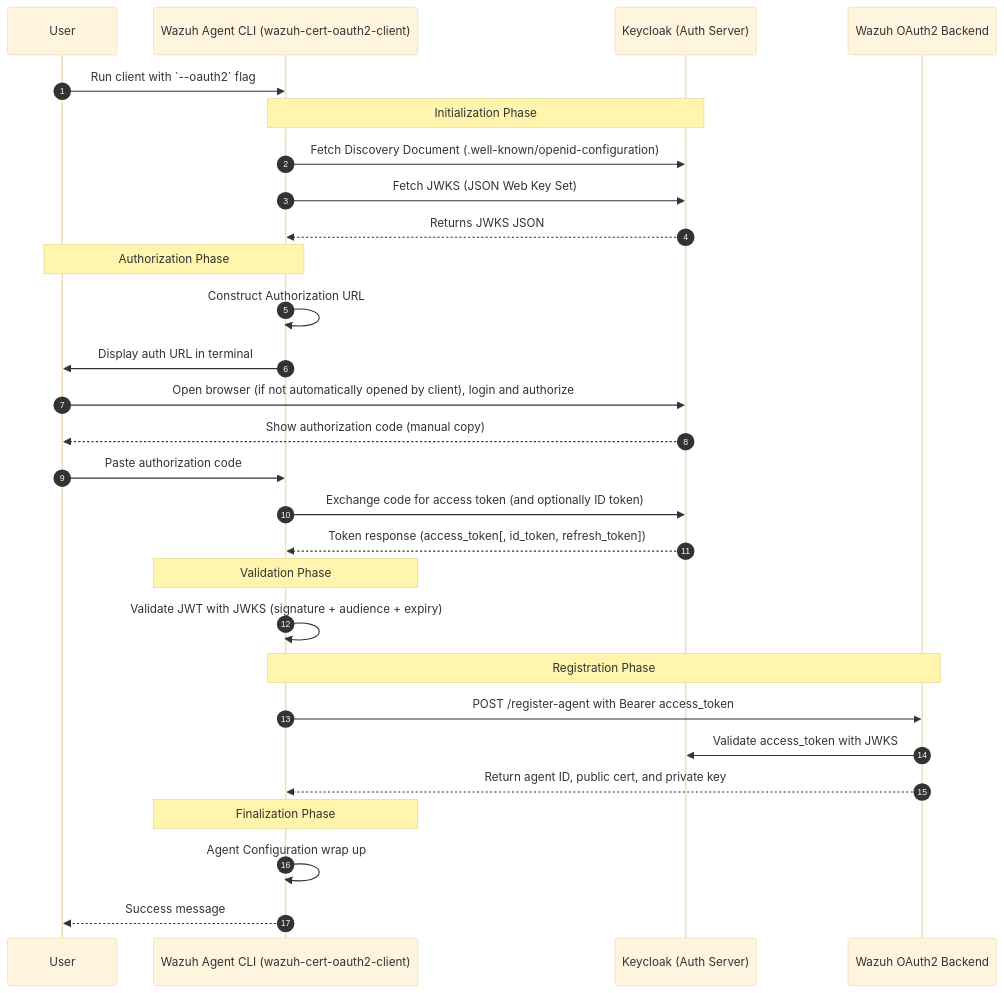
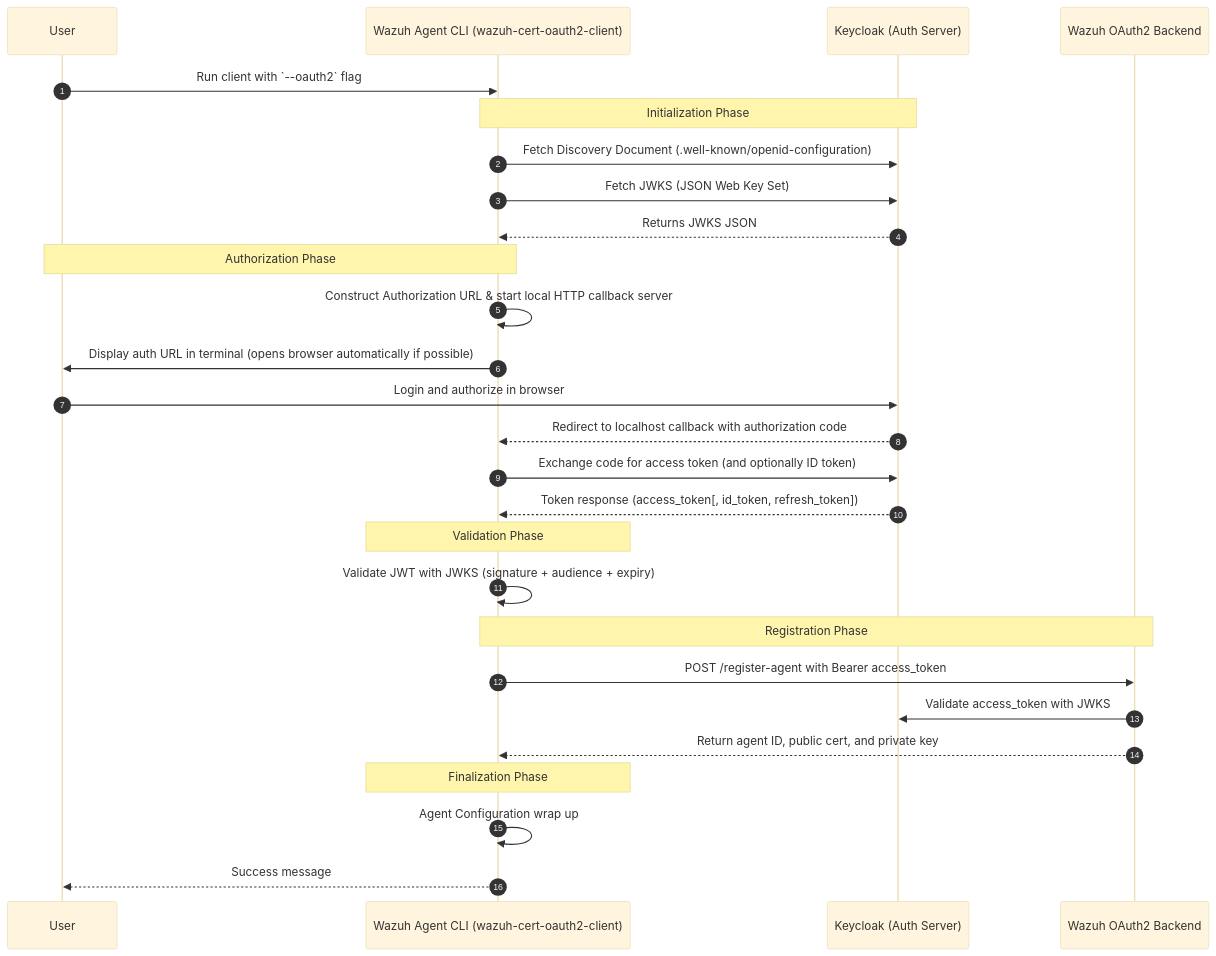
One commit to ADORSYS-GIS/wazuh-cert-oauth2 changed the first of 4 diagrams in docs/architecture.md. Above: the diagram before and after it, drawn with Mermaid (base theme). The commit also changed other lines of this file and 9 other files, not shown here.

````diff
--- a/docs/architecture.md
+++ b/docs/architecture.md
@@ -20,44 +20,43 @@
 ```mermaid
 sequenceDiagram
     autonumber
 
     participant User as User
     participant AgentClient as Wazuh Agent CLI (wazuh-cert-oauth2-client)
     participant Keycloak as Keycloak (Auth Server)
     participant WazuhAPI as Wazuh OAuth2 Backend
 
     User->>AgentClient: Run client with `--oauth2` flag
 
     Note over AgentClient,Keycloak: Initialization Phase
 
     AgentClient->>Keycloak: Fetch Discovery Document (.well-known/openid-configuration)
     AgentClient->>Keycloak: Fetch JWKS (JSON Web Key Set)
     Keycloak-->>AgentClient: Returns JWKS JSON
 
     Note over User,AgentClient: Authorization Phase
 
-    AgentClient->>AgentClient: Construct Authorization URL
-    AgentClient->>User: Display auth URL in terminal
-    User->>Keycloak: Open browser (if not automatically opened by client), login and authorize
-    Keycloak-->>User: Show authorization code (manual copy)
-    User->>AgentClient: Paste authorization code
+    AgentClient->>AgentClient: Construct Authorization URL & start local HTTP callback server
+    AgentClient->>User: Display auth URL in terminal (opens browser automatically if possible)
+    User->>Keycloak: Login and authorize in browser
+    Keycloak-->>AgentClient: Redirect to localhost callback with authorization code
 
     AgentClient->>Keycloak: Exchange code for access token (and optionally ID token)
     Keycloak-->>AgentClient: Token response (access_token[, id_token, refresh_token])
 
     Note over AgentClient: Validation Phase
 
     AgentClient->>AgentClient: Validate JWT with JWKS (signature + audience + expiry)
 
     Note over AgentClient,WazuhAPI: Registration Phase
 
     AgentClient->>WazuhAPI: POST /register-agent with Bearer access_token
     WazuhAPI->>Keycloak: Validate access_token with JWKS
     WazuhAPI-->>AgentClient: Return agent ID, public cert, and private key
 
     Note over AgentClient: Finalization Phase
 
     AgentClient->>AgentClient: Agent Configuration wrap up
 
     AgentClient-->>User: Success message
 ```
````
